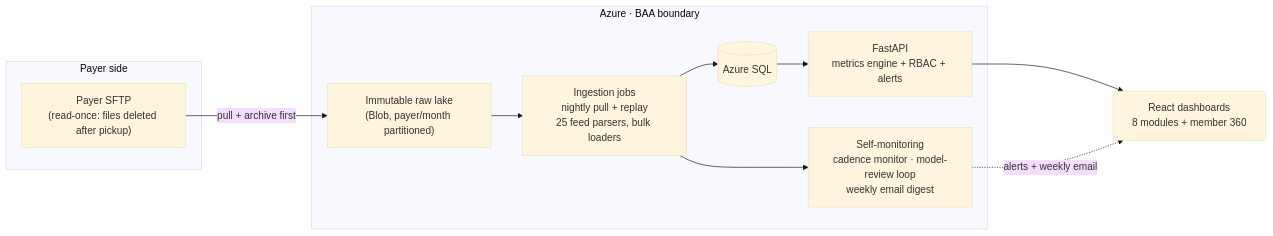
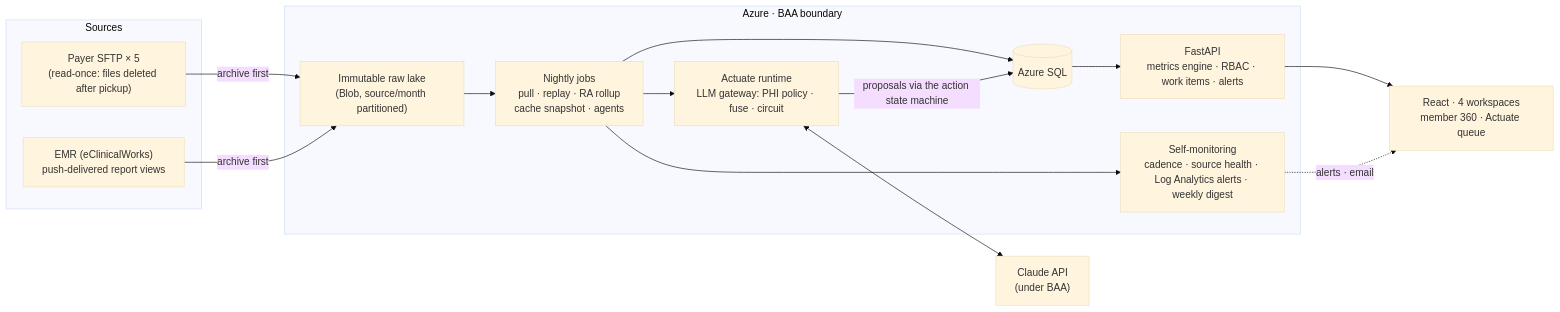
One commit to Jaytee0905/vbc-platform-case-study changed the diagram in README.md. Above: the diagram before and after it, drawn with Mermaid (base theme). The commit also changed other lines of this file and 1 other file, not shown here.

````diff
--- a/README.md
+++ b/README.md
@@ -35,18 +68,24 @@
 ```mermaid
 flowchart LR
-    subgraph Payer["Payer side"]
-        SFTP["Payer SFTP<br/>(read-once: files deleted after pickup)"]
+    subgraph Sources["Sources"]
+        SFTP["Payer SFTP × 5<br/>(read-once: files deleted after pickup)"]
+        EMR["EMR (eClinicalWorks)<br/>push-delivered report views"]
     end
     subgraph Azure["Azure · BAA boundary"]
-        Lake["Immutable raw lake<br/>(Blob, payer/month partitioned)"]
-        Jobs["Ingestion jobs<br/>nightly pull + replay<br/>25 feed parsers, bulk loaders"]
+        Lake["Immutable raw lake<br/>(Blob, source/month partitioned)"]
+        Jobs["Nightly jobs<br/>pull · replay · RA rollup<br/>cache snapshot · agents"]
         SQL[("Azure SQL")]
-        API["FastAPI<br/>metrics engine + RBAC + alerts"]
-        Mon["Self-monitoring<br/>cadence monitor · model-review loop<br/>weekly email digest"]
+        API["FastAPI<br/>metrics engine · RBAC · work items · alerts"]
+        Agents["Actuate runtime<br/>LLM gateway: PHI policy · fuse · circuit"]
+        Mon["Self-monitoring<br/>cadence · source health · Log Analytics alerts · weekly digest"]
     end
-    UI["React dashboards<br/>8 modules + member 360"]
-    SFTP -->|pull + archive first| Lake
+    LLM["Claude API<br/>(under BAA)"]
+    UI["React · 4 workspaces<br/>member 360 · Actuate queue"]
+    SFTP -->|archive first| Lake
+    EMR -->|archive first| Lake
     Lake --> Jobs --> SQL --> API --> UI
+    Jobs --> Agents <--> LLM
+    Agents -->|proposals via the action state machine| SQL
     Jobs --> Mon
-    Mon -.->|alerts + weekly email| UI
+    Mon -.->|alerts · email| UI
 ```
````
